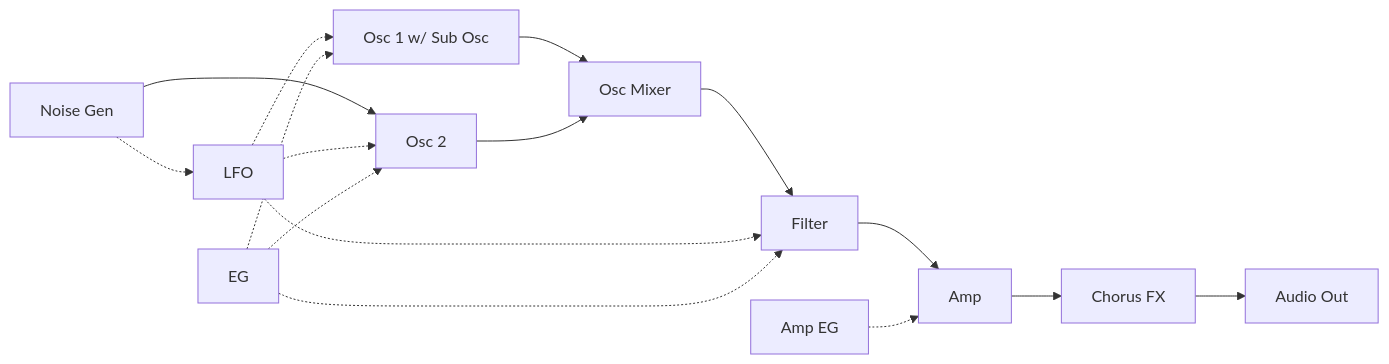
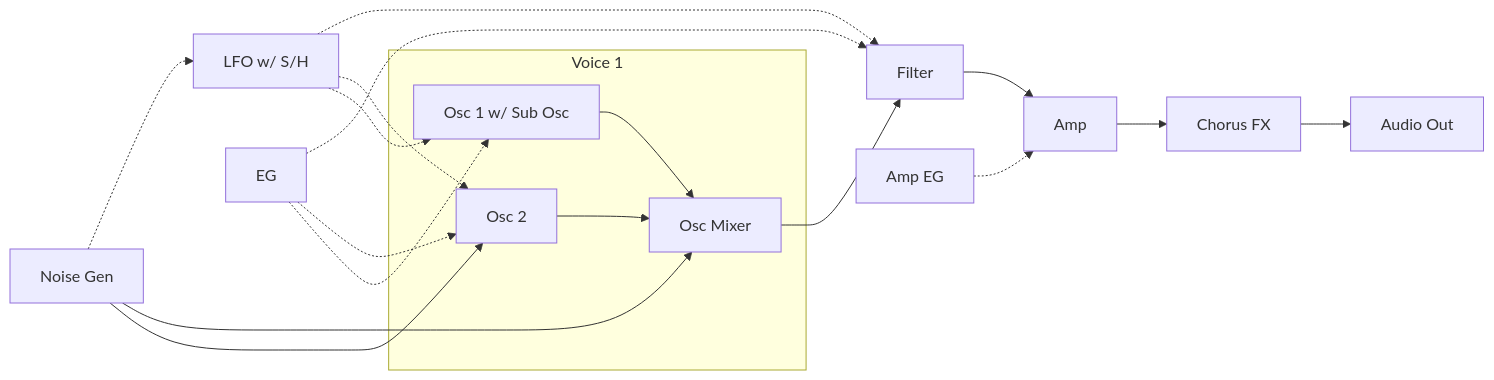
The first of 2 diagrams in README.md (risgk/digital-synth-pra32-u), drawn with Mermaid before and after one commit. The commit also changed other lines of this file and 5 other files, not shown here.

Commit message:
Change  Mixer Sub Osc to Mixer Noise/Sub Osc [N|S] (1)

````diff
--- a/README.md
+++ b/README.md
@@ -95,11 +95,13 @@
 ```mermaid
 graph LR
-    O1[Osc 1 w/ Sub Osc] --> OM[Osc Mixer]
-    O2[Osc 2] --> OM
+    subgraph V1[Voice 1]
+        O1[Osc 1 w/ Sub Osc] --> OM[Osc Mixer]
+        O2[Osc 2] --> OM
+    end
     OM --> F[Filter] --> A[Amp] --> C[Chorus FX] --> AO[Audio Out]
-    N[Noise Gen] --> O2
-    N -.-> L[LFO]
+    N[Noise Gen] --> O2 & OM
+    N -.-> L[LFO w/ S/H]
     L -.-> O1 & O2 & F
     E[EG] -.-> O1 & O2 & F
     AE[Amp EG] -.-> A
 ```
````
